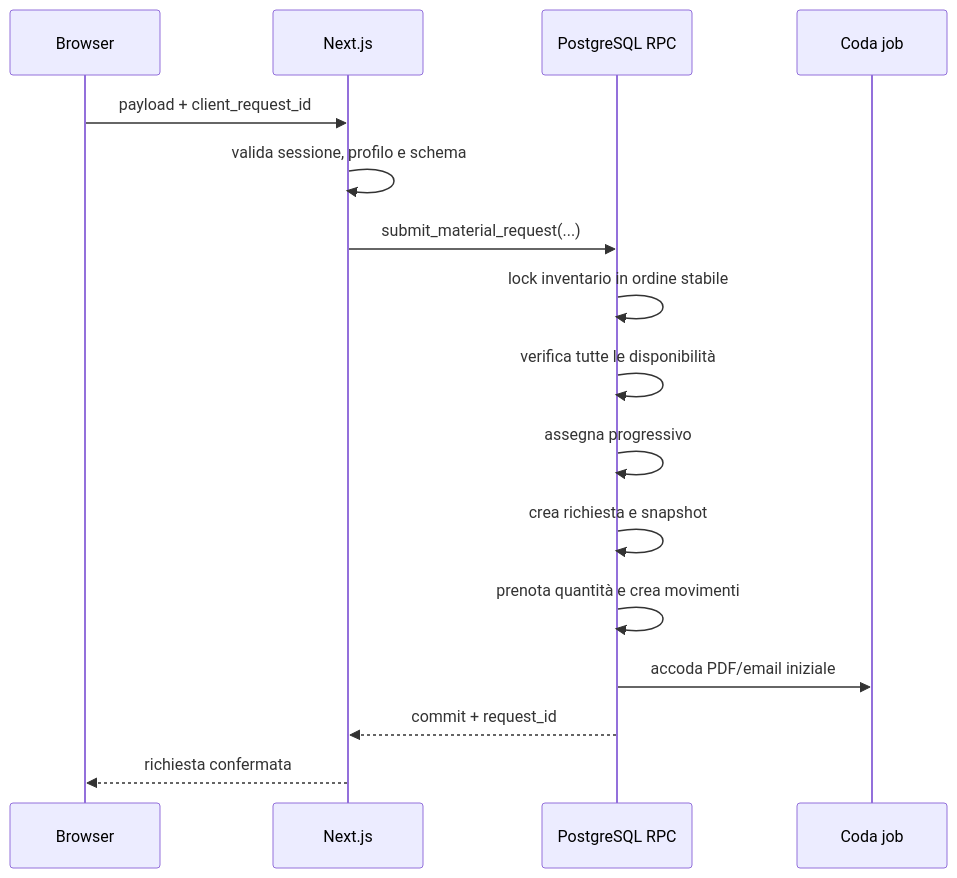
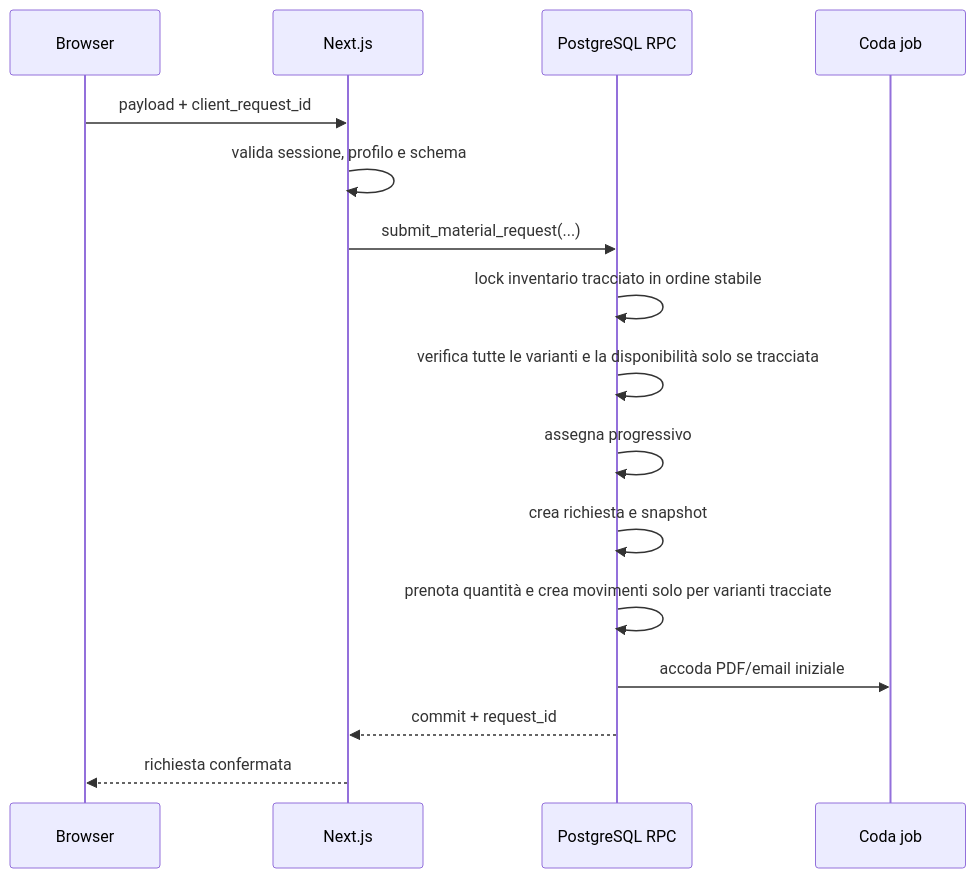
Before and after one commit to GianlucaOcchiuzziKiwui/fabtek-warehouse-app-test: the second of 2 diagrams in ARCHITECTURE.md, drawn with Mermaid. The commit also changed other lines of this file and 3 other files, not shown here.

````diff
--- a/ARCHITECTURE.md
+++ b/ARCHITECTURE.md
@@ -318,19 +318,19 @@
 ```mermaid
 sequenceDiagram
     participant B as Browser
     participant N as Next.js
     participant P as PostgreSQL RPC
     participant J as Coda job
 
     B->>N: payload + client_request_id
     N->>N: valida sessione, profilo e schema
     N->>P: submit_material_request(...)
-    P->>P: lock inventario in ordine stabile
-    P->>P: verifica tutte le disponibilità
+    P->>P: lock inventario tracciato in ordine stabile
+    P->>P: verifica tutte le varianti e la disponibilità solo se tracciata
     P->>P: assegna progressivo
     P->>P: crea richiesta e snapshot
-    P->>P: prenota quantità e crea movimenti
+    P->>P: prenota quantità e crea movimenti solo per varianti tracciate
     P->>J: accoda PDF/email iniziale
     P-->>N: commit + request_id
     N-->>B: richiesta confermata
 ```
````
